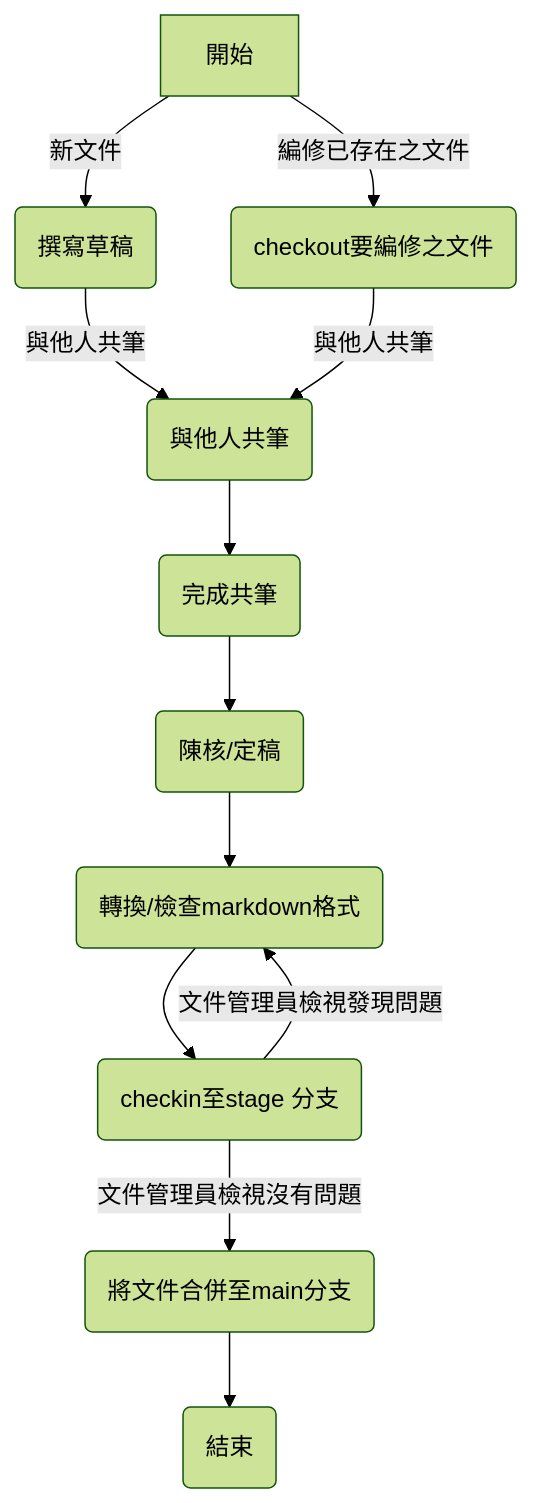
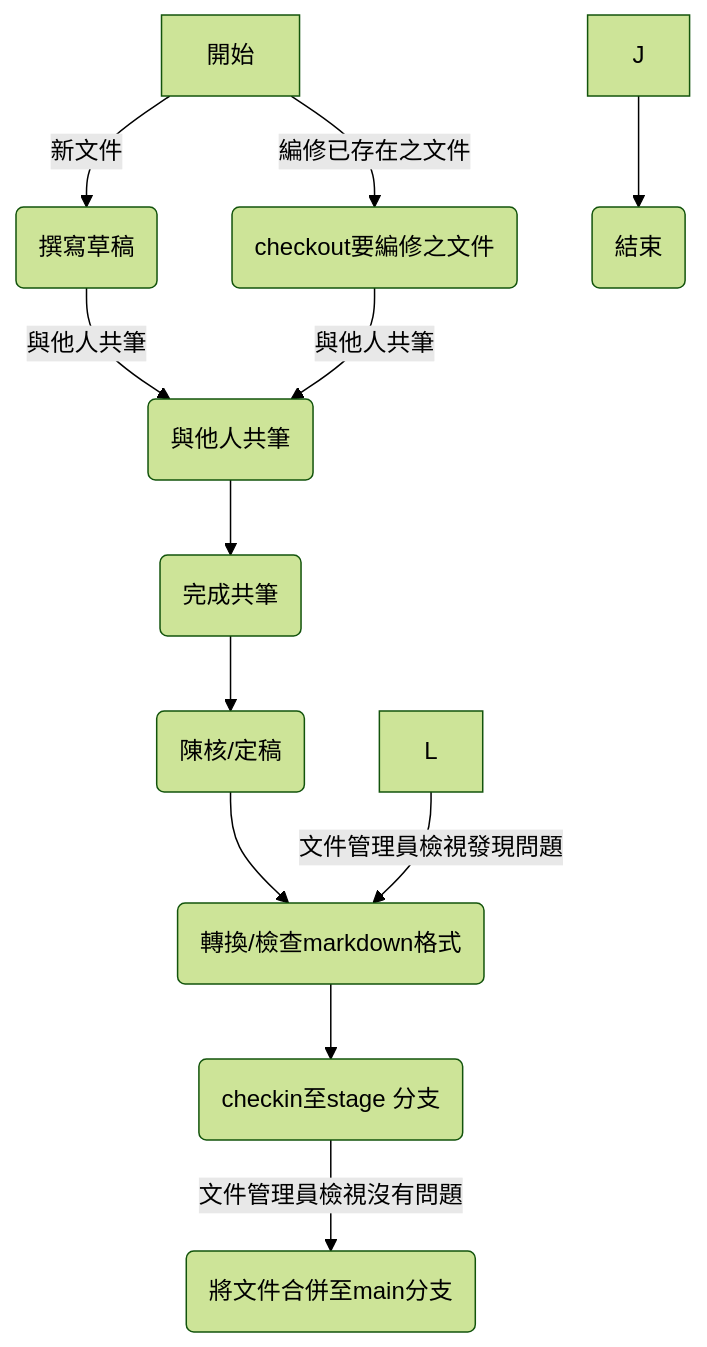
The second of 2 diagrams in uu.md (netlol/test22), drawn with Mermaid (forest theme) before and after one commit.

````diff
--- a/uu.md
+++ b/uu.md
@@ -10,14 +10,14 @@
 ```mermaid
 graph TD;
   A[開始] -->|新文件| B(撰寫草稿);
   A -->|編修已存在之文件| C(checkout要編修之文件);
   B -->|與他人共筆| D(與他人共筆);
   C -->|與他人共筆| D(與他人共筆);
   D --> E(完成共筆);
   E --> F(陳核/定稿);
   F --> G(轉換/檢查markdown格式);
   G --> H(checkin至stage 分支);
   H -->|文件管理員檢視沒有問題| I(將文件合併至main分支);
-  H -->|文件管理員檢視發現問題| G
-  I --> J(結束);
+  L -->|文件管理員檢視發現問題| G
+  J --> K(結束);
 ```
````
